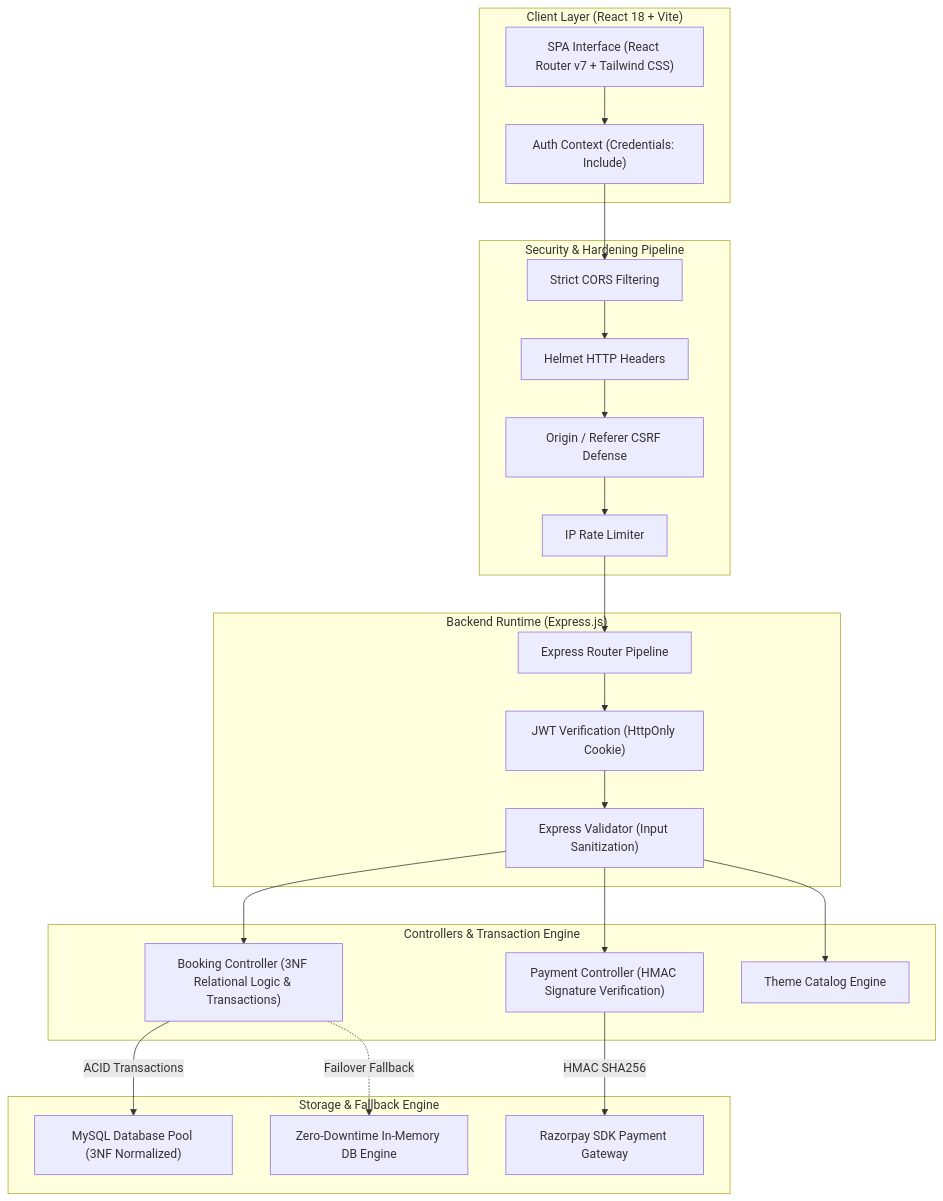
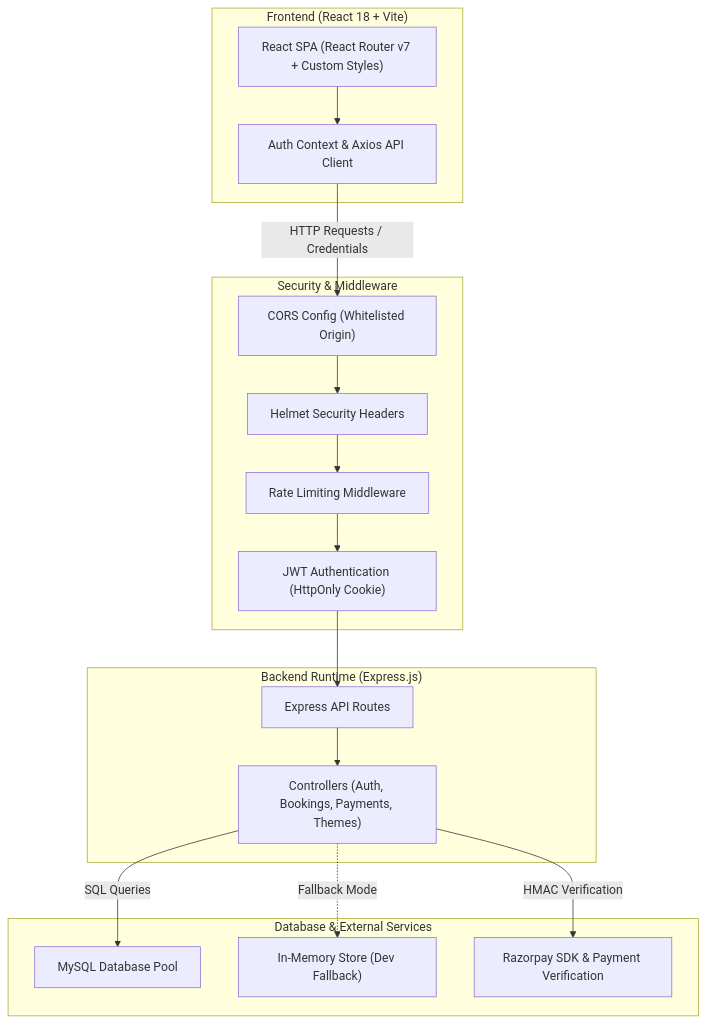
Before and after one commit to dipambarman/EventPulse-Enterprise: the first of 2 diagrams in README.md, drawn with Mermaid. The commit also changed other lines of this file, not shown here.

````diff
--- a/README.md
+++ b/README.md
@@ -38,41 +50,34 @@
 ```mermaid
 flowchart TD
-    subgraph Client Layer ["Client Layer (React 18 + Vite)"]
-        UI["SPA Interface (React Router v7 + Tailwind CSS)"]
-        AuthContext["Auth Context (Credentials: Include)"]
+    subgraph Client ["Frontend (React 18 + Vite)"]
+        UI["React SPA (React Router v7 + Custom Styles)"]
+        State["Auth Context & Axios API Client"]
     end
 
-    subgraph Security Layer ["Security & Hardening Pipeline"]
-        CORS["Strict CORS Filtering"]
-        Helmet["Helmet HTTP Headers"]
-        CSRF["Origin / Referer CSRF Defense"]
-        RateLimiter["IP Rate Limiter"]
+    subgraph Security ["Security & Middleware"]
+        CORS["CORS Config (Whitelisted Origin)"]
+        Helmet["Helmet Security Headers"]
+        RateLimit["Rate Limiting Middleware"]
+        AuthMiddleware["JWT Authentication (HttpOnly Cookie)"]
     end
 
-    subgraph API Gateway ["Backend Runtime (Express.js)"]
-        Router["Express Router Pipeline"]
-        AuthMiddleware["JWT Verification (HttpOnly Cookie)"]
-        Validator["Express Validator (Input Sanitization)"]
+    subgraph Backend ["Backend Runtime (Express.js)"]
+        Router["Express API Routes"]
+        Controllers["Controllers (Auth, Bookings, Payments, Themes)"]
     end
 
-    subgraph Business Logic ["Controllers & Transaction Engine"]
-        BookingCtrl["Booking Controller (3NF Relational Logic & Transactions)"]
-        PaymentCtrl["Payment Controller (HMAC Signature Verification)"]
-        ThemeCtrl["Theme Catalog Engine"]
+    subgraph Storage ["Database & External Services"]
+        MySQL["MySQL Database Pool"]
+        MockStore["In-Memory Store (Dev Fallback)"]
+        Razorpay["Razorpay SDK & Payment Verification"]
     end
 
-    subgraph Persistence Layer ["Storage & Fallback Engine"]
-        MySQL["MySQL Database Pool (3NF Normalized)"]
-        MockEngine["Zero-Downtime In-Memory DB Engine"]
-        RazorpayGateway["Razorpay SDK Payment Gateway"]
-    end
-
-    UI --> AuthContext
-    AuthContext --> CORS
-    CORS --> Helmet --> CSRF --> RateLimiter --> Router
-    Router --> AuthMiddleware --> Validator
-    Validator --> BookingCtrl & PaymentCtrl & ThemeCtrl
-    BookingCtrl -->|ACID Transactions| MySQL
-    BookingCtrl -.->|Failover Fallback| MockEngine
-    PaymentCtrl -->|HMAC SHA256| RazorpayGateway
+    UI --> State
+    State -->|HTTP Requests / Credentials| CORS
+    CORS --> Helmet --> RateLimit --> AuthMiddleware
+    AuthMiddleware --> Router
+    Router --> Controllers
+    Controllers -->|SQL Queries| MySQL
+    Controllers -.->|Fallback Mode| MockStore
+    Controllers -->|HMAC Verification| Razorpay
 ```
````
